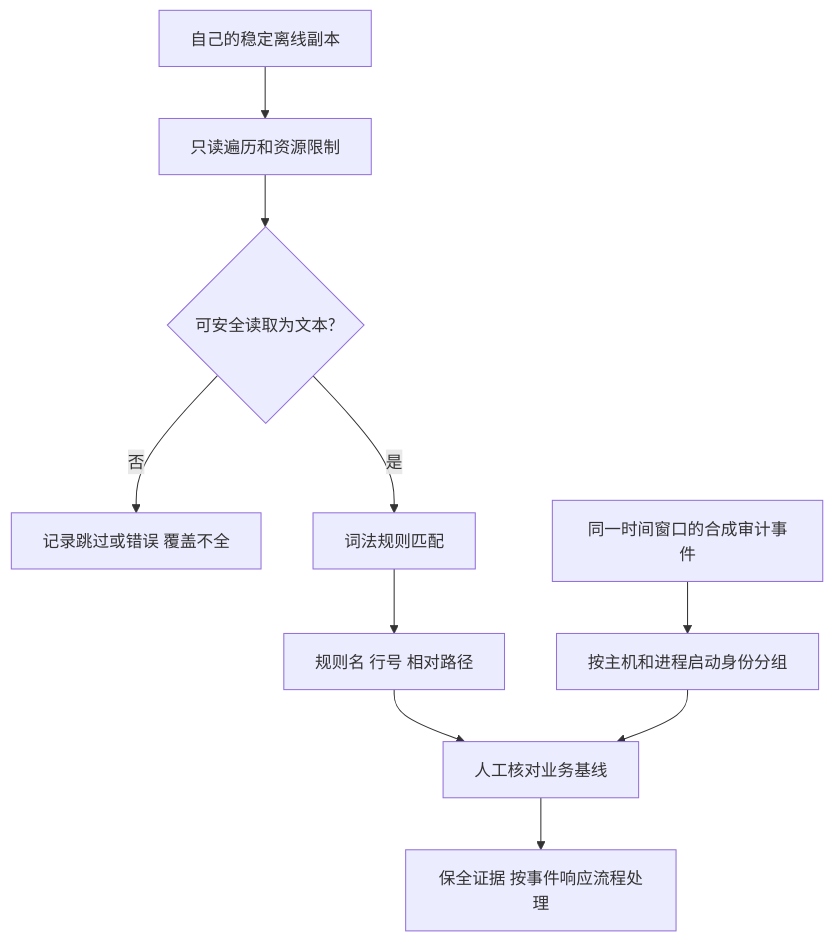
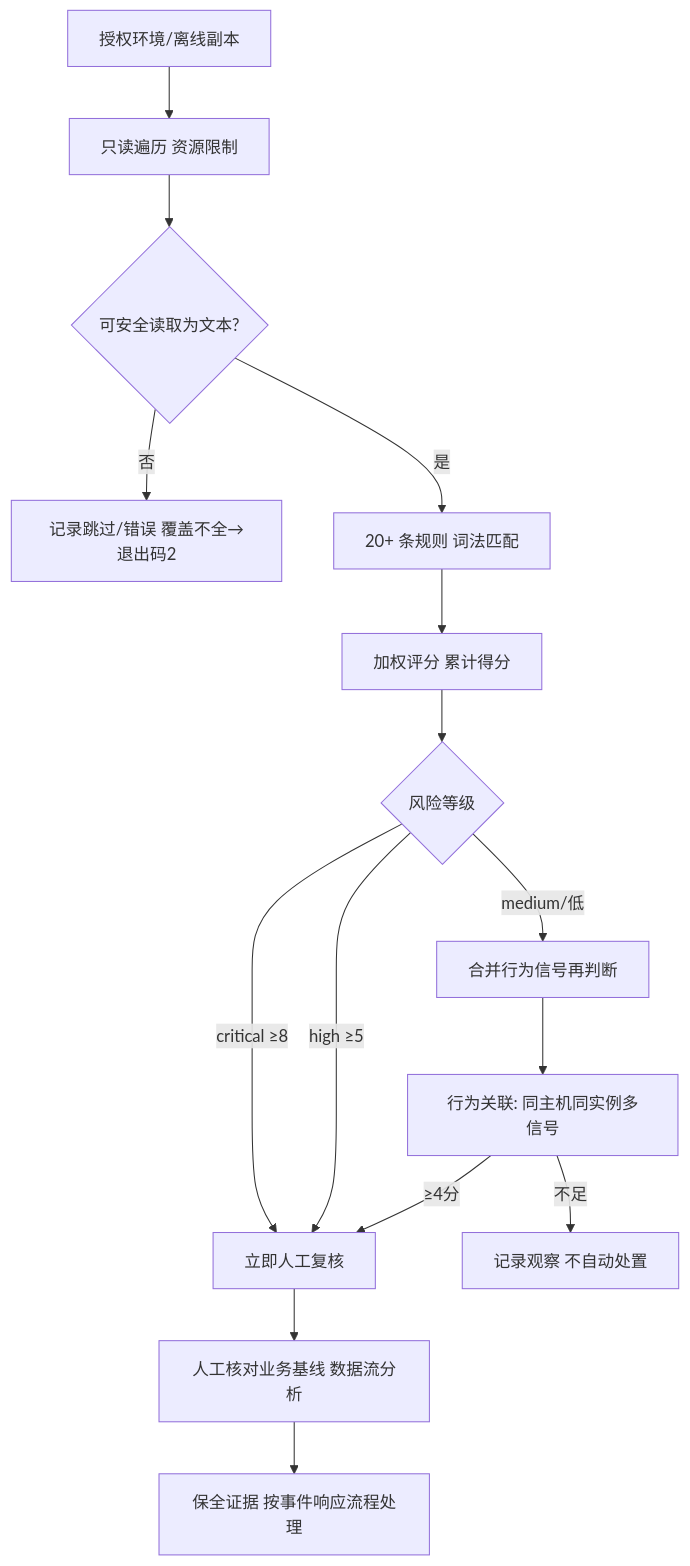
Before and after one commit to Geek0ne/Python-200-days: the diagram in days/day-158-webshell-检测/diagrams/README.md, drawn with Mermaid. The commit also changed other lines of this file and 7 other files, not shown here.

````diff
--- a/days/day-158-webshell-检测/diagrams/README.md
+++ b/days/day-158-webshell-检测/diagrams/README.md
@@ -3,12 +5,17 @@
 ```mermaid
 flowchart TD
-    A[自己的稳定离线副本] --> B[只读遍历和资源限制]
+    A[授权环境/离线副本] --> B[只读遍历 资源限制]
     B --> C{可安全读取为文本?}
-    C -->|否| D[记录跳过或错误 覆盖不全]
-    C -->|是| E[词法规则匹配]
-    E --> F[规则名 行号 相对路径]
-    F --> G[人工核对业务基线]
-    H[同一时间窗口的合成审计事件] --> I[按主机和进程启动身份分组]
-    I --> G
-    G --> J[保全证据 按事件响应流程处理]
+    C -->|否| D[记录跳过/错误 覆盖不全→退出码2]
+    C -->|是| E[20+ 条规则 词法匹配]
+    E --> F[加权评分 累计得分]
+    F --> G{风险等级}
+    G -->|critical ≥8| H[立即人工复核]
+    G -->|high ≥5| H
+    G -->|medium/低| I[合并行为信号再判断]
+    H --> J[人工核对业务基线 数据流分析]
+    I --> K[行为关联: 同主机同实例多信号]
+    K -->|≥4分| H
+    K -->|不足| L[记录观察 不自动处置]
+    J --> M[保全证据 按事件响应流程处理]
 ```
````
